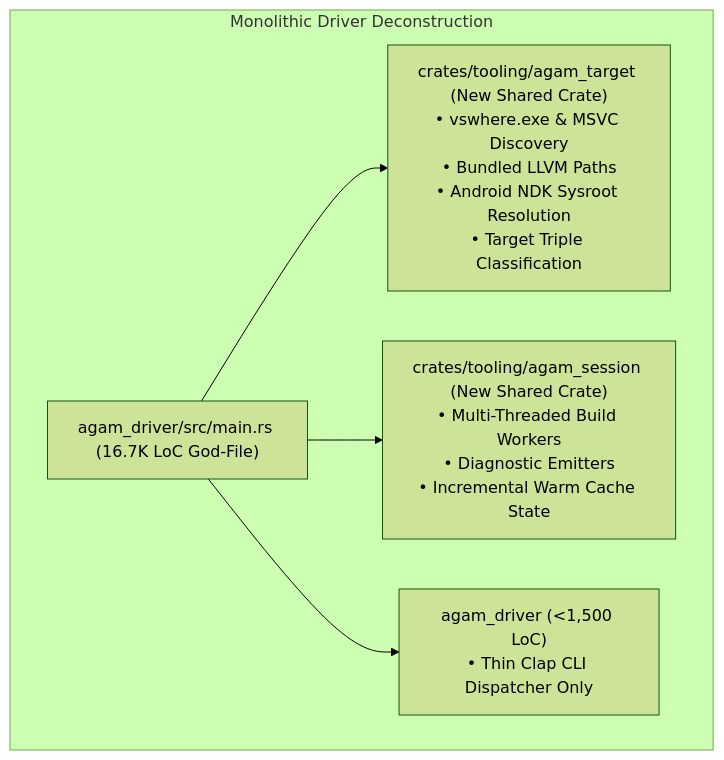
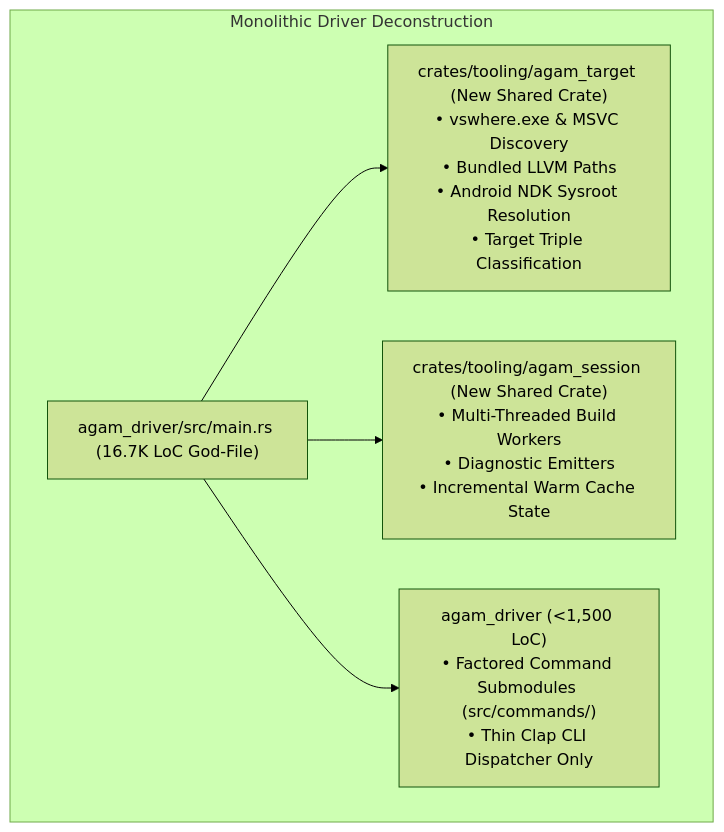
The diagram in .agent/specs/active/details/STAGE-00-driver-modularization-and-hardening.md (agam-lang/agam), drawn with Mermaid (forest theme) before and after one commit. The commit also changed other lines of this file, not shown here.

````diff
--- a/.agent/specs/active/details/STAGE-00-driver-modularization-and-hardening.md
+++ b/.agent/specs/active/details/STAGE-00-driver-modularization-and-hardening.md
@@ -21,13 +24,13 @@
 ```mermaid
 flowchart TD
     subgraph Deconstruction["Monolithic Driver Deconstruction"]
         OldMain["agam_driver/src/main.rs (16.7K LoC God-File)"]
         TargetCrate["crates/tooling/agam_target (New Shared Crate)\n• vswhere.exe & MSVC Discovery\n• Bundled LLVM Paths\n• Android NDK Sysroot Resolution\n• Target Triple Classification"]
         SessionCrate["crates/tooling/agam_session (New Shared Crate)\n• Multi-Threaded Build Workers\n• Diagnostic Emitters\n• Incremental Warm Cache State"]
-        ThinCLI["agam_driver (<1,500 LoC)\n• Thin Clap CLI Dispatcher Only"]
+        ThinCLI["agam_driver (<1,500 LoC)\n• Factored Command Submodules (src/commands/)\n• Thin Clap CLI Dispatcher Only"]
     end
 
     OldMain --> TargetCrate
     OldMain --> SessionCrate
     OldMain --> ThinCLI
 ```
````
